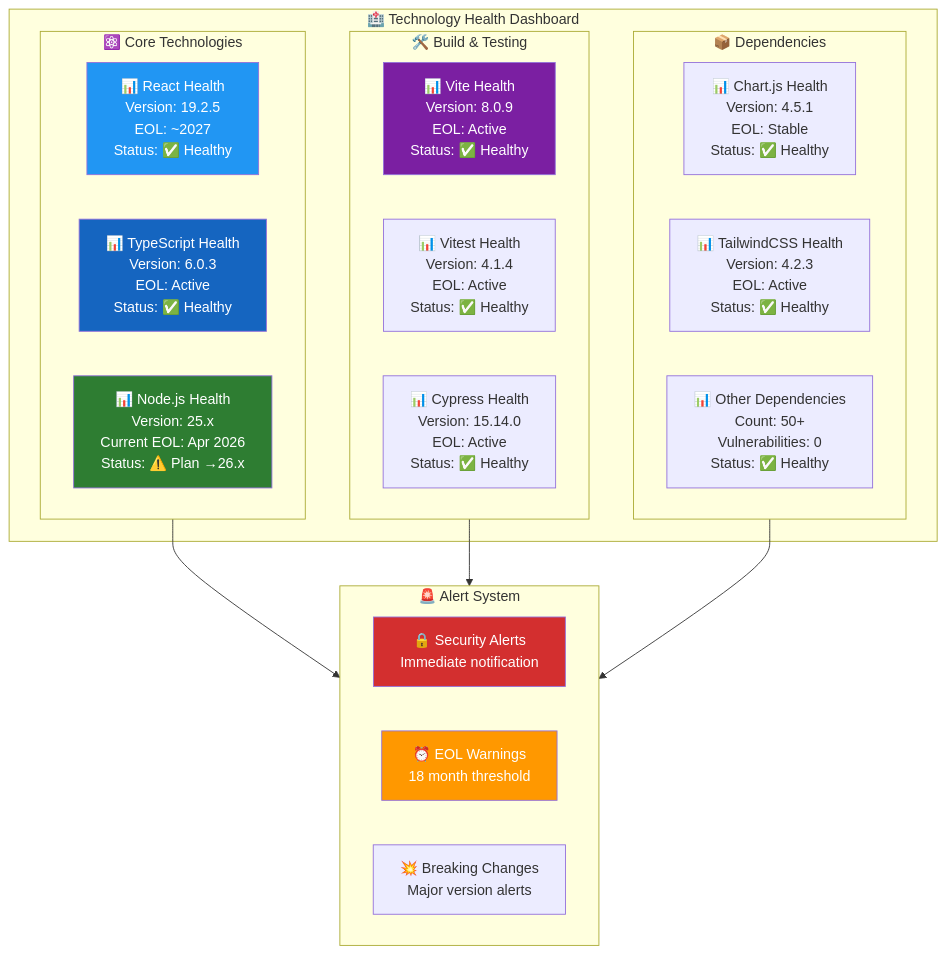
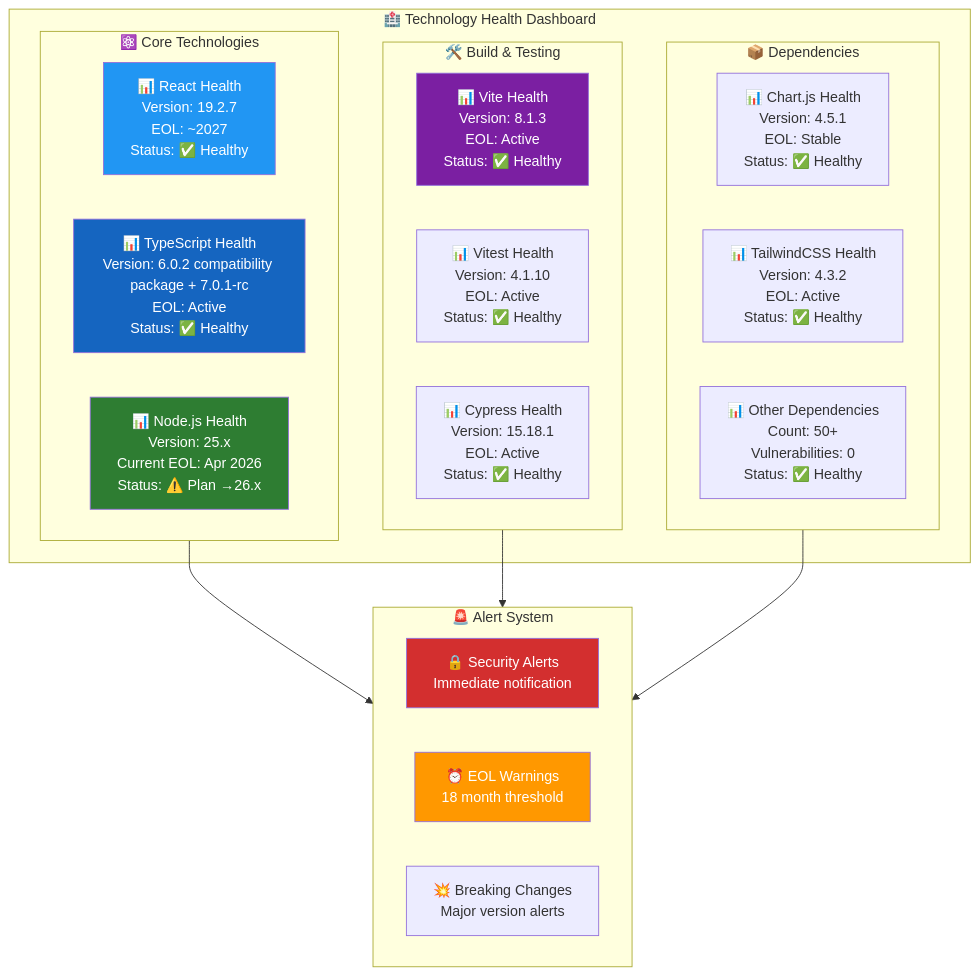
One commit to step-security-bot/cia-compliance-manager changed the ninth of 9 diagrams in docs/End-of-Life-Strategy.md. Above: the diagram before and after it, drawn with Mermaid. The commit also changed other lines of this file and 3 other files, not shown here.

First line of the commit message:
build: adopt TypeScript 7 RC with TypeScript 6 compatibility (#1305)

````diff
--- a/docs/End-of-Life-Strategy.md
+++ b/docs/End-of-Life-Strategy.md
@@ -705,39 +709,39 @@
 ```mermaid
 graph TB
     subgraph HEALTH["🏥 Technology Health Dashboard"]
         subgraph CORE["⚛️ Core Technologies"]
-            REACT["📊 React Health<br/>Version: 19.2.5<br/>EOL: ~2027<br/>Status: ✅ Healthy"]
-            TS["📊 TypeScript Health<br/>Version: 6.0.3<br/>EOL: Active<br/>Status: ✅ Healthy"]
+            REACT["📊 React Health<br/>Version: 19.2.7<br/>EOL: ~2027<br/>Status: ✅ Healthy"]
+            TS["📊 TypeScript Health<br/>Version: 6.0.2 compatibility package + 7.0.1-rc<br/>EOL: Active<br/>Status: ✅ Healthy"]
             NODE["📊 Node.js Health<br/>Version: 25.x<br/>Current EOL: Apr 2026<br/>Status: ⚠️ Plan →26.x"]
         end
         
         subgraph TOOLS["🛠️ Build & Testing"]
-            VITE["📊 Vite Health<br/>Version: 8.0.9<br/>EOL: Active<br/>Status: ✅ Healthy"]
-            VITEST["📊 Vitest Health<br/>Version: 4.1.4<br/>EOL: Active<br/>Status: ✅ Healthy"]
-            CYPRESS["📊 Cypress Health<br/>Version: 15.14.0<br/>EOL: Active<br/>Status: ✅ Healthy"]
+            VITE["📊 Vite Health<br/>Version: 8.1.3<br/>EOL: Active<br/>Status: ✅ Healthy"]
+            VITEST["📊 Vitest Health<br/>Version: 4.1.10<br/>EOL: Active<br/>Status: ✅ Healthy"]
+            CYPRESS["📊 Cypress Health<br/>Version: 15.18.1<br/>EOL: Active<br/>Status: ✅ Healthy"]
         end
         
         subgraph DEPS["📦 Dependencies"]
             CHART["📊 Chart.js Health<br/>Version: 4.5.1<br/>EOL: Stable<br/>Status: ✅ Healthy"]
-            TAILWIND["📊 TailwindCSS Health<br/>Version: 4.2.3<br/>EOL: Active<br/>Status: ✅ Healthy"]
+            TAILWIND["📊 TailwindCSS Health<br/>Version: 4.3.2<br/>EOL: Active<br/>Status: ✅ Healthy"]
             OTHER["📊 Other Dependencies<br/>Count: 50+<br/>Vulnerabilities: 0<br/>Status: ✅ Healthy"]
         end
     end
     
     subgraph ALERTS["🚨 Alert System"]
         SECURITY["🔒 Security Alerts<br/>Immediate notification"]
         EOL["⏰ EOL Warnings<br/>18 month threshold"]
         BREAKING["💥 Breaking Changes<br/>Major version alerts"]
     end
     
     CORE --> ALERTS
     TOOLS --> ALERTS
     DEPS --> ALERTS
     
     style REACT fill:#2196F3,color:#fff
     style TS fill:#1565C0,color:#fff
     style NODE fill:#2E7D32,color:#fff
     style VITE fill:#7B1FA2,color:#fff
     style SECURITY fill:#d32f2f,color:#fff
     style EOL fill:#ff9800,color:#fff
 ```
````
